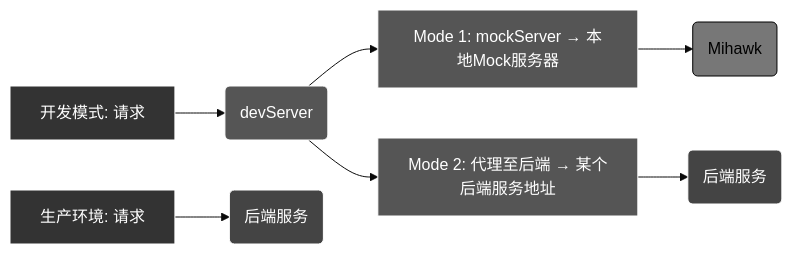
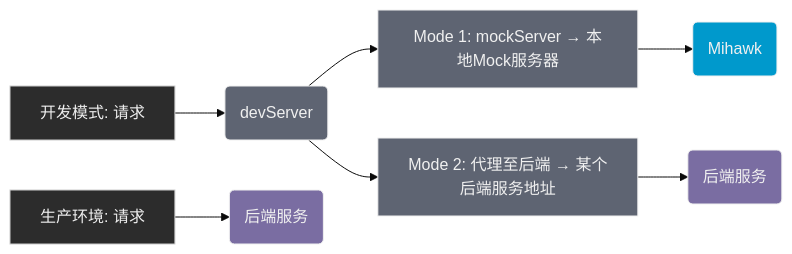
Before and after one commit to Froguard/mihawk: the diagram in README.zh_CN.md, drawn with Mermaid (base theme). The commit also changed 1 other file, not shown here.

````diff
--- a/README.zh_CN.md
+++ b/README.zh_CN.md
@@ -26,27 +26,27 @@
 ```mermaid
 graph LR
     A[开发模式: 请求] --> B(devServer)
     B --> D1[Mode 1: mockServer → 本地Mock服务器]
     B --> D2[Mode 2: 代理至后端 → 某个后端服务地址]
     D1 --> C(Mihawk)
     D2 --> E(后端服务)
 
     F[生产环境: 请求] --> G(后端服务)
 
-    style A fill:#333,stroke:#fff,fill-opacity:1,color:#fff
-    style B fill:#555,stroke:#fff,fill-opacity:1,color:#fff
-    style C fill:#777,stroke:#000,fill-opacity:1,color:#000
-    style D1 fill:#555,stroke:#fff,fill-opacity:1,color:#fff
-    style D2 fill:#555,stroke:#fff,fill-opacity:1,color:#fff
-    style E fill:#444,stroke:#fff,fill-opacity:1,color:#fff
-    style F fill:#333,stroke:#fff,fill-opacity:1,color:#fff
-    style G fill:#444,stroke:#fff,fill-opacity:1,color:#fff
+    style A fill:#2c2c2c,stroke:#ccc,fill-opacity:1,color:#eee
+    style B fill:#5e6472,stroke:#f0f0f0,fill-opacity:1,color:#f0f0f0
+    style C fill:#09c,stroke:#f0f0f0,fill-opacity:1,color:#f0f0f0
+    style D1 fill:#5e6472,stroke:#f0f0f0,fill-opacity:1,color:#f0f0f0
+    style D2 fill:#5e6472,stroke:#f0f0f0,fill-opacity:1,color:#f0f0f0
+    style E fill:#7a6da2,stroke:#f0f0f0,fill-opacity:1,color:#f0f0f0
+    style F fill:#2c2c2c,stroke:#ccc,fill-opacity:1,color:#eee
+    style G fill:#7a6da2,stroke:#f0f0f0,fill-opacity:1,color:#f0f0f0
 
-    classDef devStyle fill:#333,stroke:#fff,fill-opacity:1,color:#fff;
-    classDef serviceStyle fill:#555,stroke:#fff,fill-opacity:1,color:#fff;
-    classDef backendStyle fill:#444,stroke:#fff,fill-opacity:1,color:#fff;
+    classDef devStyle fill:#2c2c2c,stroke:#ccc,fill-opacity:1,color:#eee;
+    classDef serviceStyle fill:#5e6472,stroke:#f0f0f0,fill-opacity:1,color:#f0f0f0;
+    classDef backendStyle fill:#7a6da2,stroke:#f0f0f0,fill-opacity:1,color:#f0f0f0;
 
     class A,F devStyle
     class B,D1,D2 serviceStyle
     class C,E,G backendStyle
 ```
````
